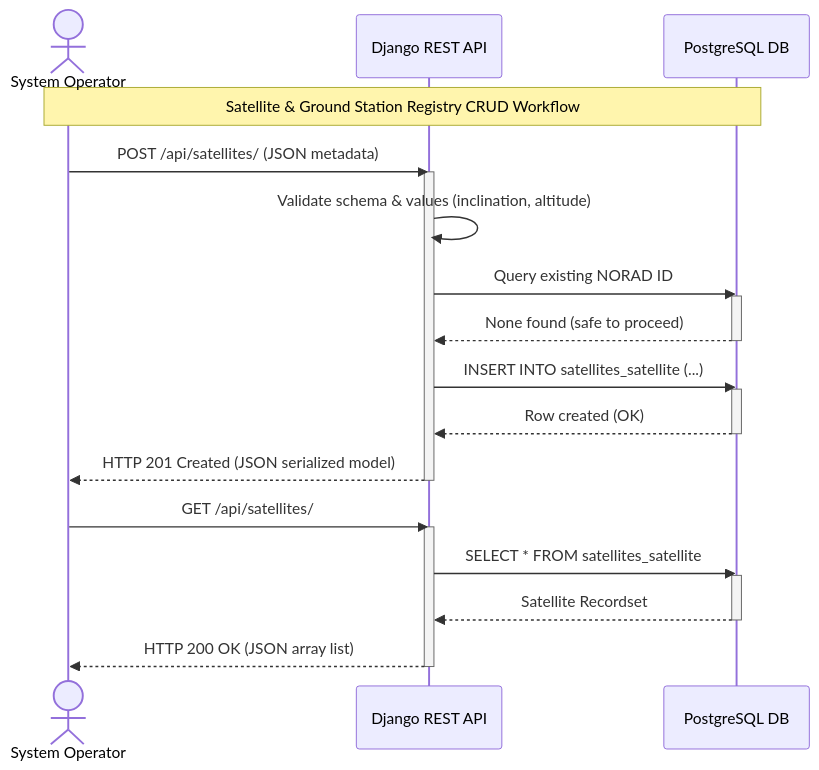
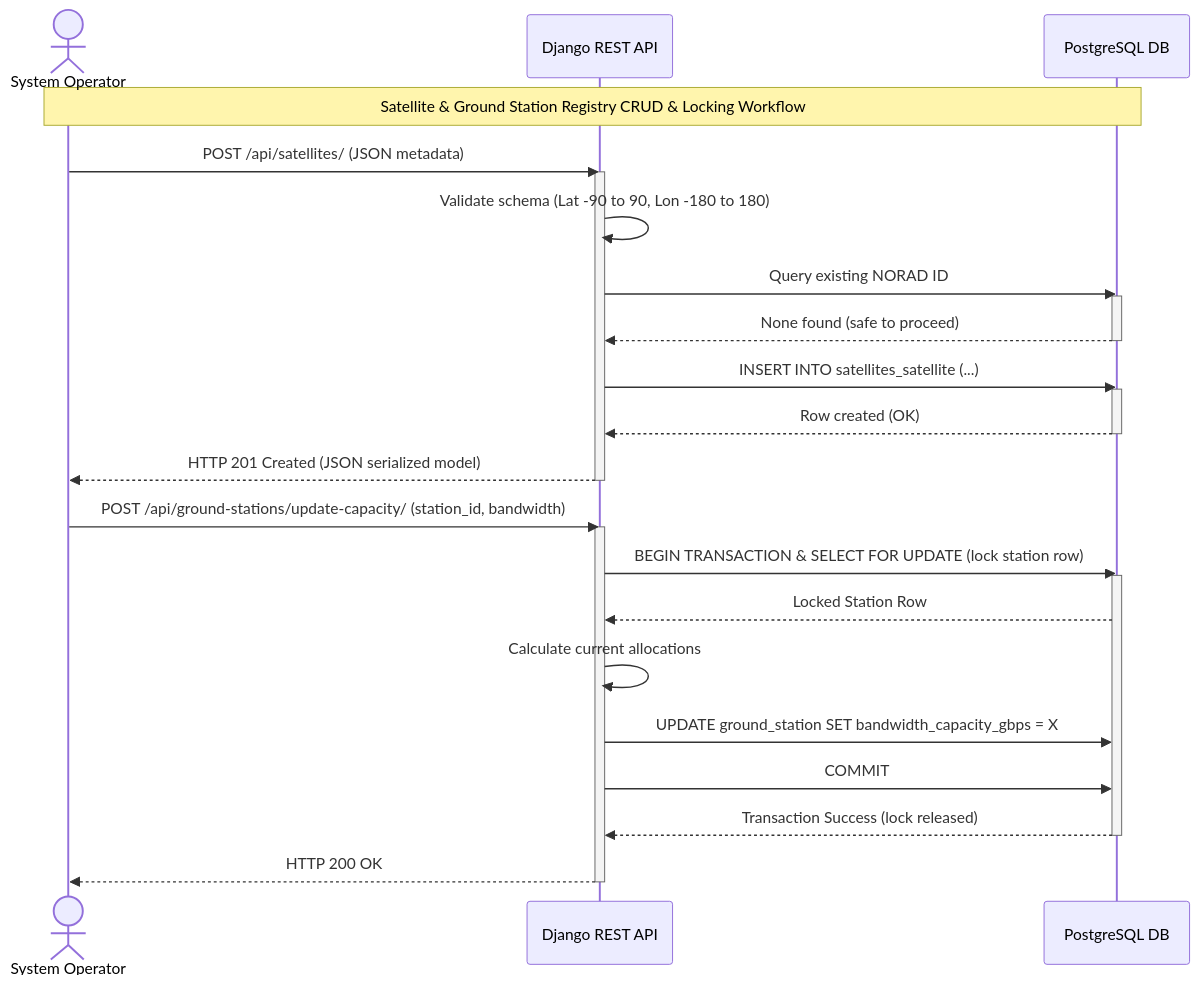
The second of 2 diagrams in docs/satellite_registry.md (amolc/spaceproject), drawn with Mermaid before and after one commit. The commit also changed other lines of this file and 19034 other files, not shown here.

````diff
--- a/docs/satellite_registry.md
+++ b/docs/satellite_registry.md
@@ -84,31 +103,35 @@
 ```mermaid
 sequenceDiagram
     actor Admin as System Operator
     participant Django as Django REST API
     participant PG as PostgreSQL DB
 
-    Note over Admin, PG: Satellite & Ground Station Registry CRUD Workflow
+    Note over Admin, PG: Satellite & Ground Station Registry CRUD & Locking Workflow
 
     Admin->>Django: POST /api/satellites/ (JSON metadata)
     activate Django
-    Django->>Django: Validate schema & values (inclination, altitude)
+    Django->>Django: Validate schema (Lat -90 to 90, Lon -180 to 180)
     Django->>PG: Query existing NORAD ID
     activate PG
     PG-->>Django: None found (safe to proceed)
     deactivate PG
     Django->>PG: INSERT INTO satellites_satellite (...)
     activate PG
     PG-->>Django: Row created (OK)
     deactivate PG
     Django-->>Admin: HTTP 201 Created (JSON serialized model)
     deactivate Django
 
-    Admin->>Django: GET /api/satellites/
+    Admin->>Django: POST /api/ground-stations/update-capacity/ (station_id, bandwidth)
     activate Django
-    Django->>PG: SELECT * FROM satellites_satellite
+    Django->>PG: BEGIN TRANSACTION & SELECT FOR UPDATE (lock station row)
     activate PG
-    PG-->>Django: Satellite Recordset
+    PG-->>Django: Locked Station Row
+    Django->>Django: Calculate current allocations
+    Django->>PG: UPDATE ground_station SET bandwidth_capacity_gbps = X
+    Django->>PG: COMMIT
+    PG-->>Django: Transaction Success (lock released)
     deactivate PG
-    Django-->>Admin: HTTP 200 OK (JSON array list)
+    Django-->>Admin: HTTP 200 OK
     deactivate Django
 ```
````
